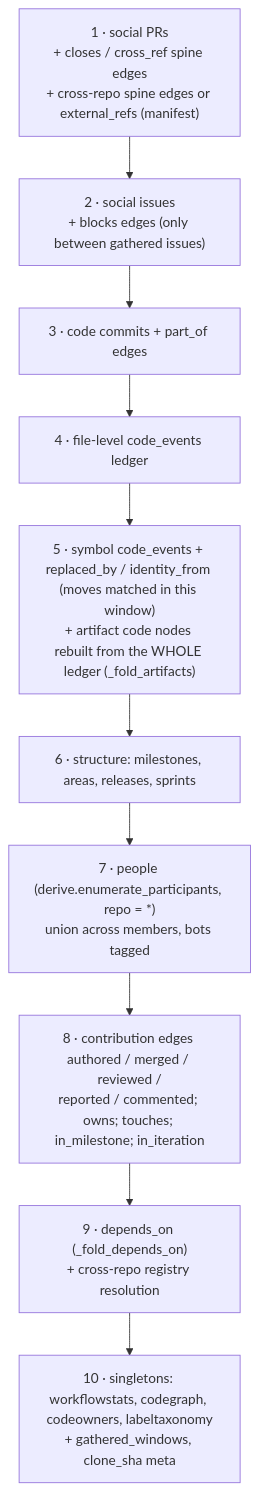
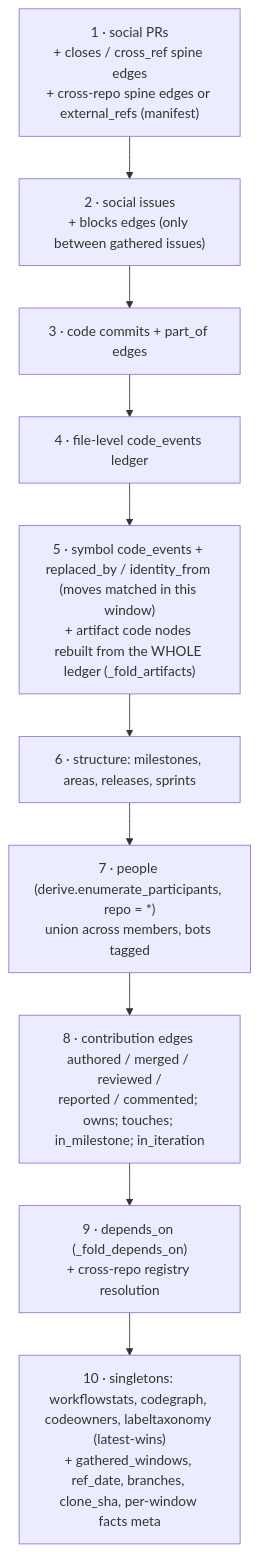
The fourth of 12 diagrams in .claude/skills/activity-overview/docs/LLD.md (DamianFlynn/experiments), drawn with Mermaid before and after one commit. The commit also changed other lines of this file and 11 other files, not shown here.

````diff
--- a/.claude/skills/activity-overview/docs/LLD.md
+++ b/.claude/skills/activity-overview/docs/LLD.md
@@ -440,14 +440,14 @@
 ```mermaid
 flowchart TB
   s1["1 · social PRs<br/>+ closes / cross_ref spine edges<br/>+ cross-repo spine edges or external_refs (manifest)"]
   s2["2 · social issues<br/>+ blocks edges (only between gathered issues)"]
   s3["3 · code commits + part_of edges"]
   s4["4 · file-level code_events ledger"]
   s5["5 · symbol code_events + replaced_by / identity_from (moves matched in this window)<br/>+ artifact code nodes rebuilt from the WHOLE ledger (_fold_artifacts)"]
   s6["6 · structure: milestones, areas, releases, sprints"]
   s7["7 · people (derive.enumerate_participants, repo = *)<br/>union across members, bots tagged"]
   s8["8 · contribution edges authored / merged / reviewed /<br/>reported / commented; owns; touches; in_milestone; in_iteration"]
   s9["9 · depends_on (_fold_depends_on)<br/>+ cross-repo registry resolution"]
-  s10["10 · singletons: workflowstats, codegraph, codeowners, labeltaxonomy<br/>+ gathered_windows, clone_sha meta"]
+  s10["10 · singletons: workflowstats, codegraph, codeowners, labeltaxonomy (latest-wins)<br/>+ gathered_windows, ref_date, branches, clone_sha, per-window facts meta"]
   s1 --> s2 --> s3 --> s4 --> s5 --> s6 --> s7 --> s8 --> s9 --> s10
 ```
````
